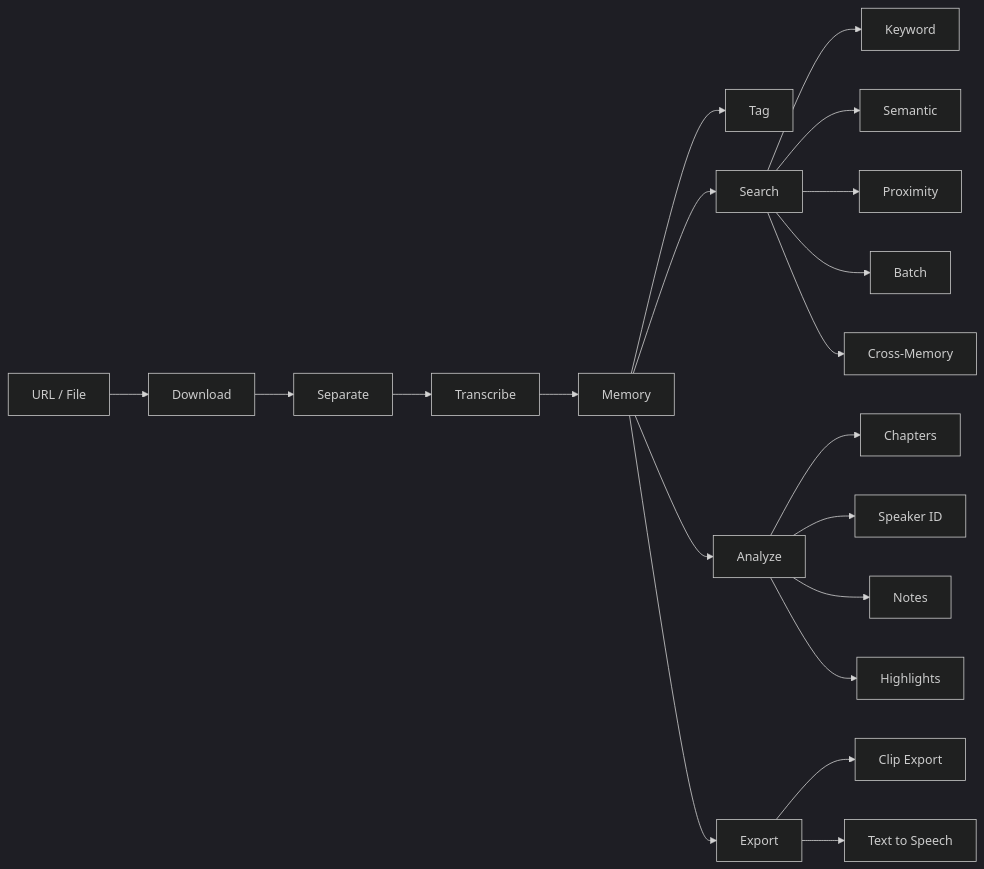
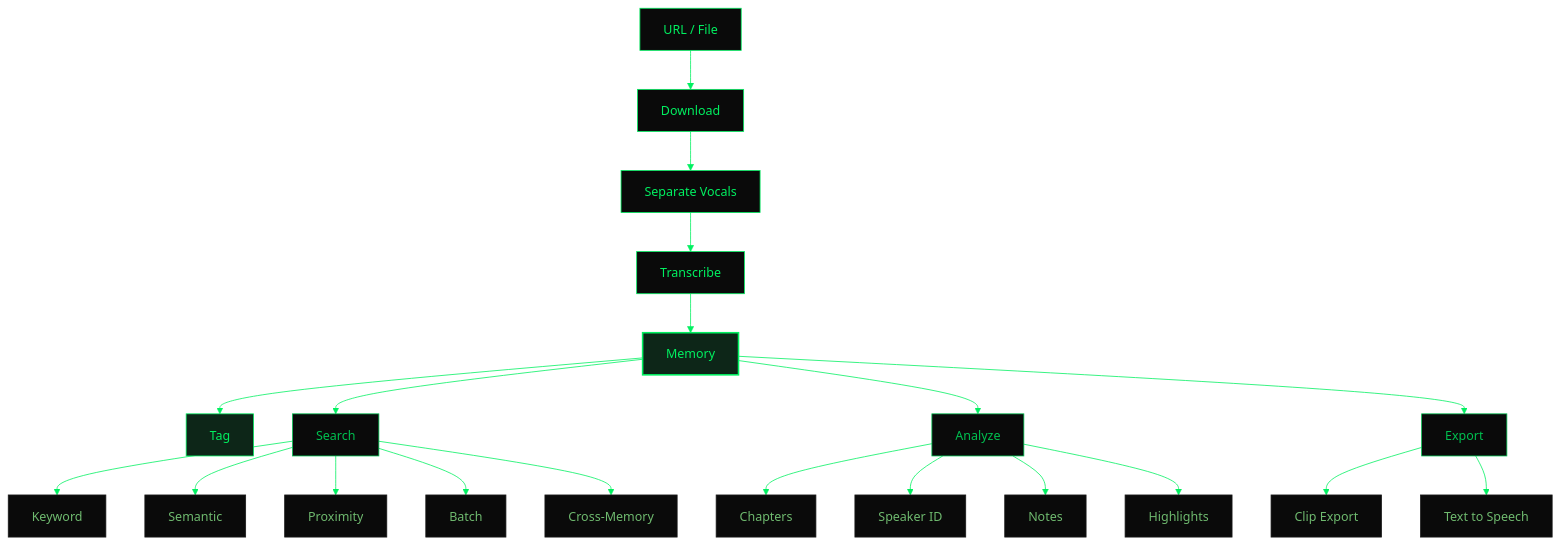
The diagram in README.md (AugentDevs/augent), drawn with Mermaid before and after one commit.

Commit message:
redesign mermaid diagram: top-down flow with augent brand styling

````diff
--- a/README.md
+++ b/README.md
@@ -95,13 +95,51 @@
 ```mermaid
-%%{init: {'theme': 'dark'}}%%
-flowchart LR
-    A["URL / File"] --> B["Download"] --> S["Separate"] --> C["Transcribe"] --> D["Memory"]
+graph TB
+    A["URL / File"] --> B["Download"]
+    B --> S["Separate Vocals"]
+    S --> C["Transcribe"]
+    C --> D["Memory"]
     D --> T["Tag"]
+
     D --> E["Search"]
     D --> F["Analyze"]
     D --> G["Export"]
 
-    E --> E1["Keyword"] & E2["Semantic"] & E3["Proximity"] & E4["Batch"] & E5["Cross-Memory"]
-    F --> F1["Chapters"] & F2["Speaker ID"] & F3["Notes"] & F4["Highlights"]
-    G --> G1["Clip Export"] & G2["Text to Speech"]
+    E --> E1["Keyword"]
+    E --> E2["Semantic"]
+    E --> E3["Proximity"]
+    E --> E4["Batch"]
+    E --> E5["Cross-Memory"]
+
+    F --> F1["Chapters"]
+    F --> F2["Speaker ID"]
+    F --> F3["Notes"]
+    F --> F4["Highlights"]
+
+    G --> G1["Clip Export"]
+    G --> G2["Text to Speech"]
+
+    style A fill:#0a0a0a,stroke:#00f060,color:#00f060
+    style B fill:#0a0a0a,stroke:#00f060,color:#00f060
+    style S fill:#0a0a0a,stroke:#00f060,color:#00f060
+    style C fill:#0a0a0a,stroke:#00f060,color:#00f060
+    style D fill:#0d2618,stroke:#00f060,color:#00f060,stroke-width:2px
+    style T fill:#0d2618,stroke:#00f060,color:#00f060
+
+    style E fill:#0a0a0a,stroke:#00c050,color:#00c050
+    style F fill:#0a0a0a,stroke:#00c050,color:#00c050
+    style G fill:#0a0a0a,stroke:#00c050,color:#00c050
+
+    style E1 fill:#0a0a0a,stroke:#1a1a1a,color:#6fba6f
+    style E2 fill:#0a0a0a,stroke:#1a1a1a,color:#6fba6f
+    style E3 fill:#0a0a0a,stroke:#1a1a1a,color:#6fba6f
+    style E4 fill:#0a0a0a,stroke:#1a1a1a,color:#6fba6f
+    style E5 fill:#0a0a0a,stroke:#1a1a1a,color:#6fba6f
+    style F1 fill:#0a0a0a,stroke:#1a1a1a,color:#6fba6f
+    style F2 fill:#0a0a0a,stroke:#1a1a1a,color:#6fba6f
+    style F3 fill:#0a0a0a,stroke:#1a1a1a,color:#6fba6f
+    style F4 fill:#0a0a0a,stroke:#1a1a1a,color:#6fba6f
+    style G1 fill:#0a0a0a,stroke:#1a1a1a,color:#6fba6f
+    style G2 fill:#0a0a0a,stroke:#1a1a1a,color:#6fba6f
+
+    linkStyle default stroke:#00f060,stroke-width:1px
 ```
````
